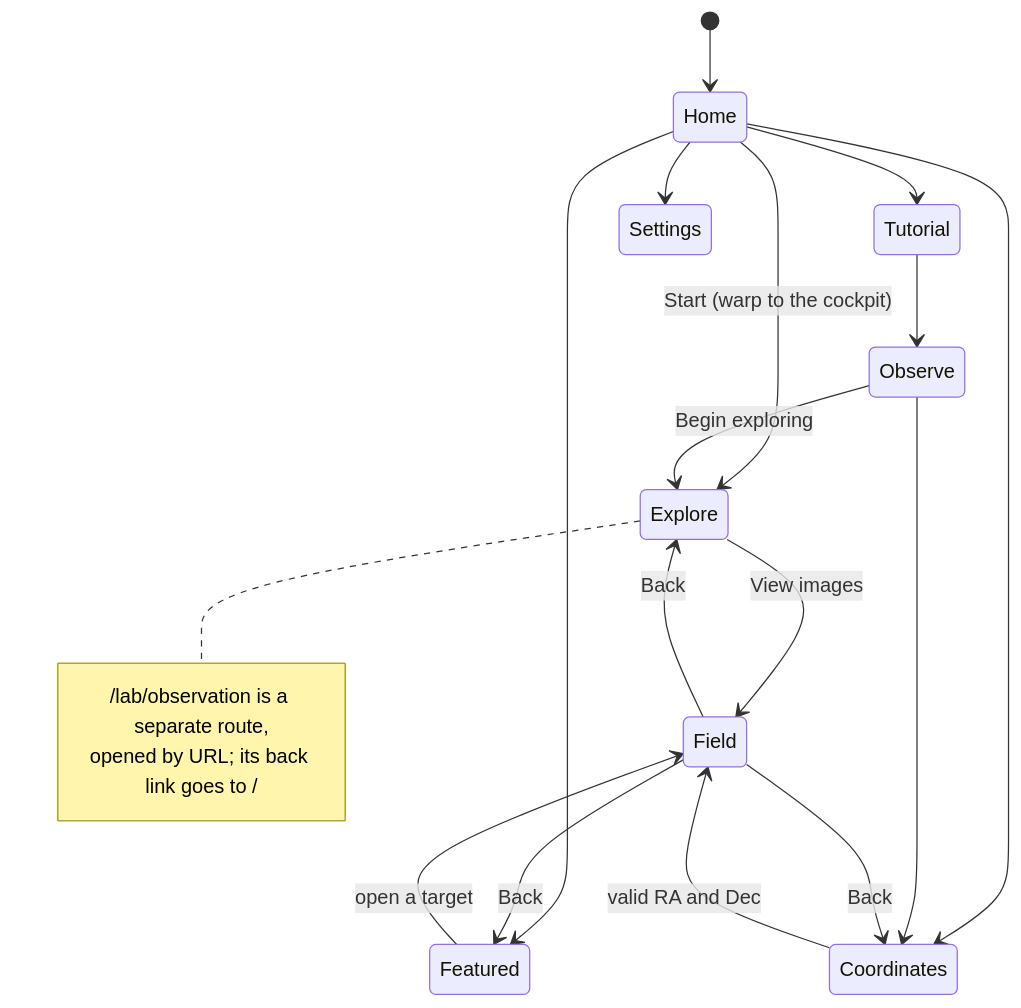
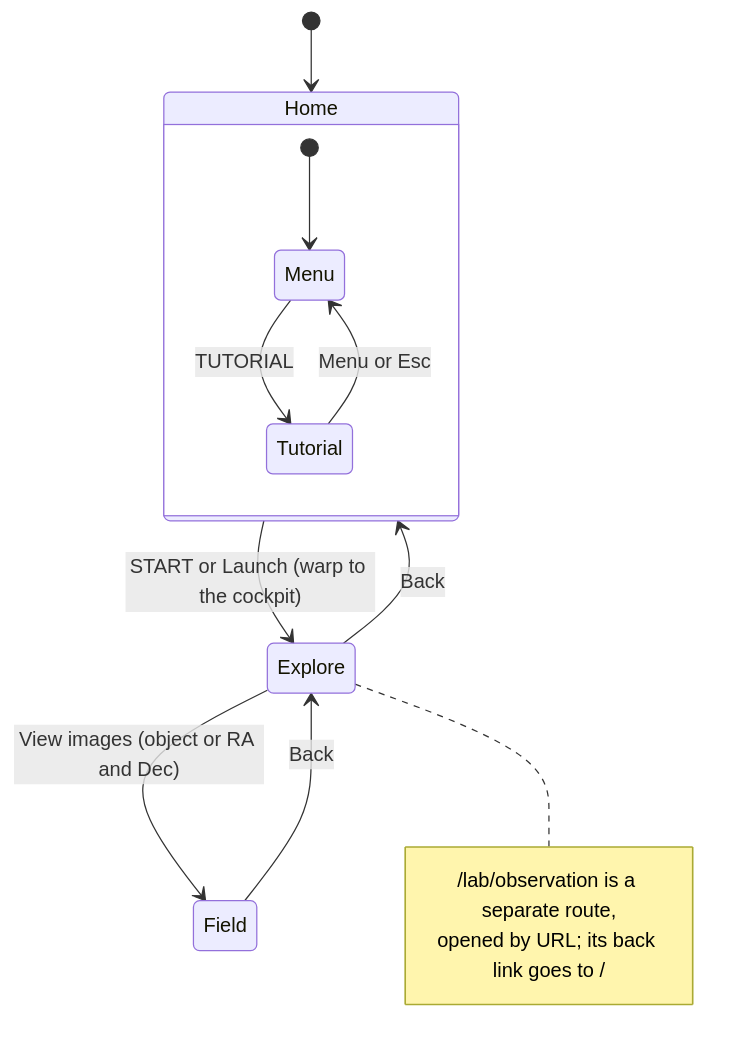
One commit to toroc07/nebo-app changed the ninth of 10 diagrams in docs/architecture.md. Above: the diagram before and after it, drawn with Mermaid. The commit also changed other lines of this file and 1 other file, not shown here.

Commit message:
docs: update the user journey and frontend notes after removing the legacy UI

````diff
--- a/docs/architecture.md
+++ b/docs/architecture.md
@@ -432,22 +432,17 @@
 ```mermaid
 stateDiagram-v2
   [*] --> Home
-  Home --> Explore: Start (warp to the cockpit)
-  Home --> Tutorial
-  Home --> Featured
-  Home --> Coordinates
-  Home --> Settings
-  Tutorial --> Observe
-  Observe --> Explore: Begin exploring
-  Observe --> Coordinates
-  Featured --> Field: open a target
-  Coordinates --> Field: valid RA and Dec
-  Explore --> Field: View images
+  state Home {
+    [*] --> Menu
+    Menu --> Tutorial: TUTORIAL
+    Tutorial --> Menu: Menu or Esc
+  }
+  Home --> Explore: START or Launch (warp to the cockpit)
+  Explore --> Field: View images (object or RA and Dec)
   Field --> Explore: Back
-  Field --> Featured: Back
-  Field --> Coordinates: Back
+  Explore --> Home: Back
   note right of Explore
     /lab/observation is a separate route,
     opened by URL; its back link goes to /
   end note
 ```
````
